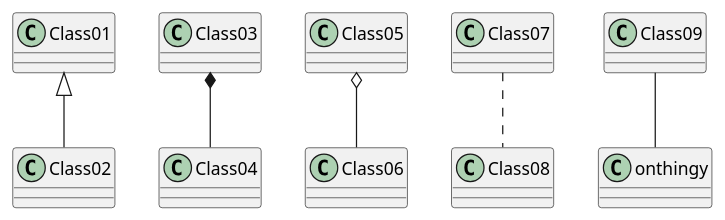
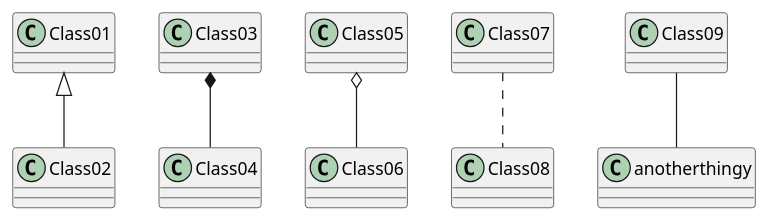
The diagram in meilenstein_03/test.puml (weichware10/meilensteine), drawn with PlantUML before and after one commit.

Commit message:
changed another thingy

```diff
--- a/meilenstein_03/test.puml
+++ b/meilenstein_03/test.puml
@@ -1,7 +1,7 @@
 @startuml test
 Class01 <|-- Class02
 Class03 *-- Class04
 Class05 o-- Class06
 Class07 .. Class08
-Class09 -- onthingy
+Class09 -- anotherthingy
 @enduml
```
